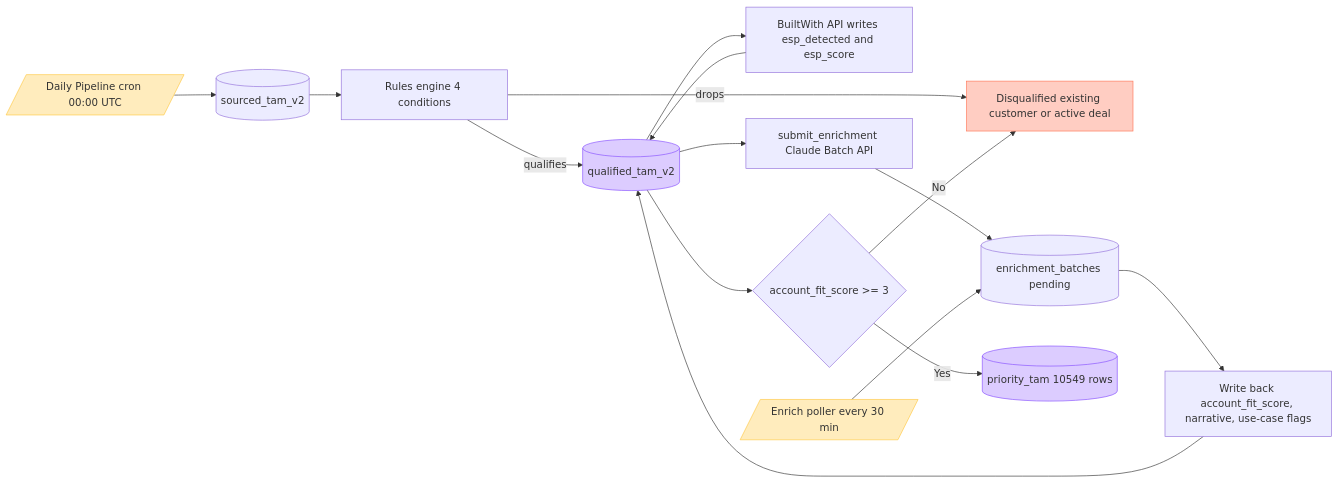
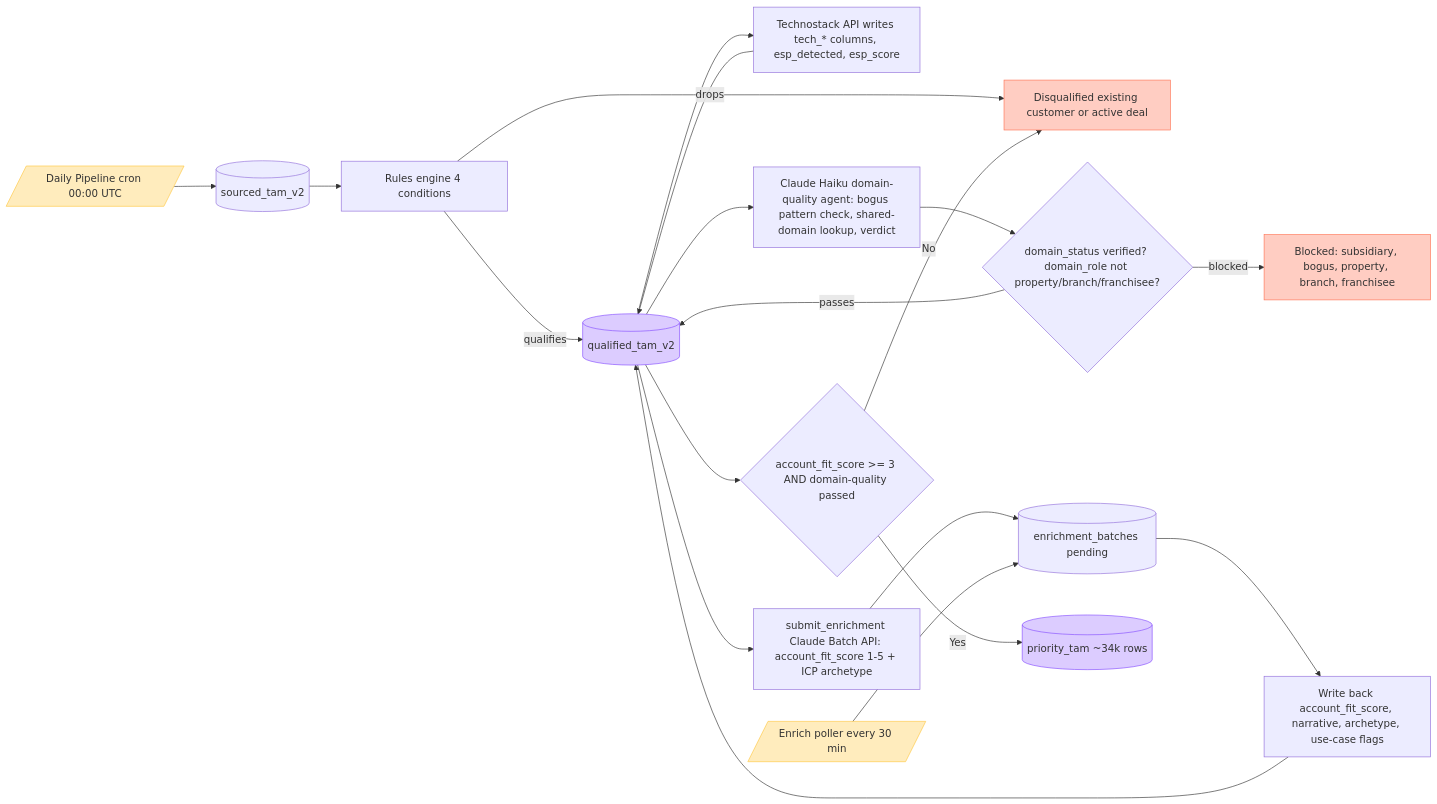
One commit to vikyvignesh16/Outbound-engine changed the fourth of 8 diagrams in docs/architecture.md. Above: the diagram before and after it, drawn with Mermaid. The commit also changed other lines of this file and 2 other files, not shown here.

First line of the commit message:
docs: reconcile CLAUDE.md, SKILL.md, and architecture.md with actual system state

````diff
--- a/docs/architecture.md
+++ b/docs/architecture.md
@@ -168,39 +182,49 @@
 ```mermaid
 flowchart LR
     daily[/Daily Pipeline cron 00:00 UTC/]
     stam[(sourced_tam_v2)]
 
     rules[Rules engine 4 conditions]
     drop[Disqualified existing customer or active deal]
     qtam[(qualified_tam_v2)]
 
-    bw[BuiltWith API writes esp_detected and esp_score]
-    claudeSubmit[submit_enrichment Claude Batch API]
+    tech[Technostack API writes tech_* columns, esp_detected, esp_score]
+
+    dqAgent[Claude Haiku domain-quality agent: bogus pattern check, shared-domain lookup, verdict]
+    dqVerdict{domain_status verified? domain_role not property/branch/franchisee?}
+    dqBlock[Blocked: subsidiary, bogus, property, branch, franchisee]
+
+    claudeSubmit[submit_enrichment Claude Batch API: account_fit_score 1-5 + ICP archetype]
     batches[(enrichment_batches pending)]
     poller[/Enrich poller every 30 min/]
-    process[Write back account_fit_score, narrative, use-case flags]
+    process[Write back account_fit_score, narrative, archetype, use-case flags]
 
-    gate{account_fit_score >= 3}
-    ptam[(priority_tam 10549 rows)]
+    gate{account_fit_score >= 3 AND domain-quality passed}
+    ptam[(priority_tam ~34k rows)]
 
     daily --> stam
     stam --> rules
     rules -->|drops| drop
     rules -->|qualifies| qtam
-    qtam --> bw
-    bw --> qtam
+    qtam --> tech
+    tech --> qtam
+    qtam --> dqAgent
+    dqAgent --> dqVerdict
+    dqVerdict -->|blocked| dqBlock
+    dqVerdict -->|passes| qtam
     qtam --> claudeSubmit
     claudeSubmit --> batches
     poller --> batches
     batches --> process
     process --> qtam
     qtam --> gate
     gate -->|Yes| ptam
     gate -->|No| drop
 
     style daily fill:#FFECBD,stroke:#FFC943
     style poller fill:#FFECBD,stroke:#FFC943
     style drop fill:#FFCDC2,stroke:#FF7556
+    style dqBlock fill:#FFCDC2,stroke:#FF7556
     style ptam fill:#DCCCFF,stroke:#874FFF
     style qtam fill:#DCCCFF,stroke:#874FFF
 ```
````
